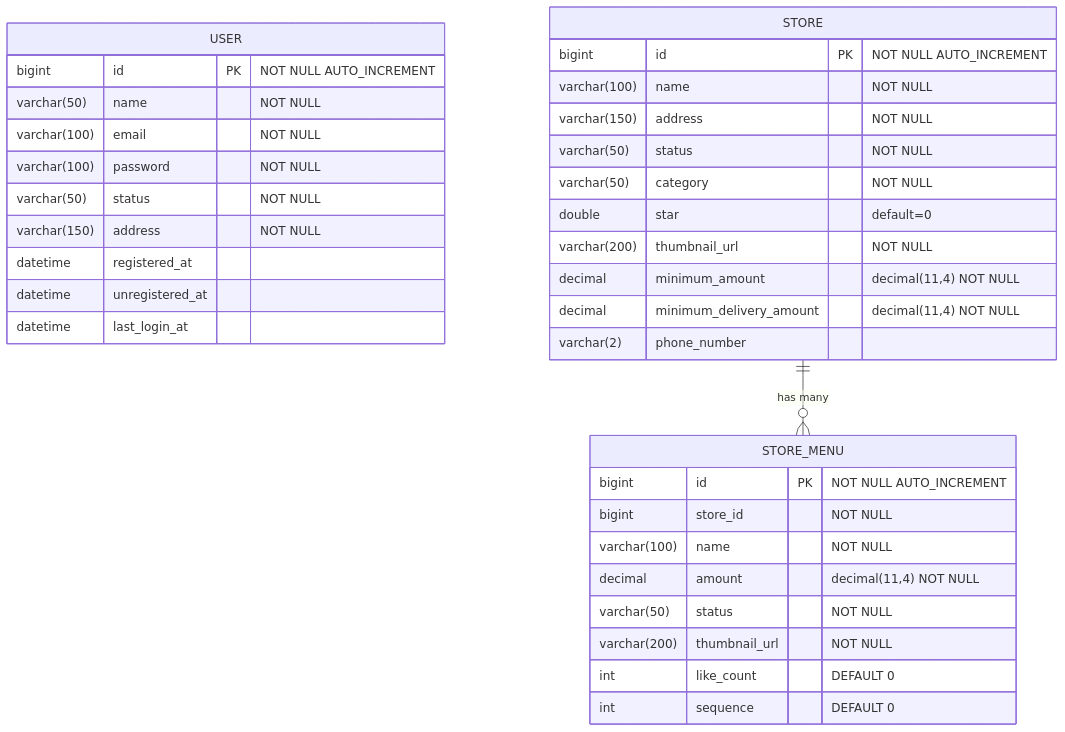
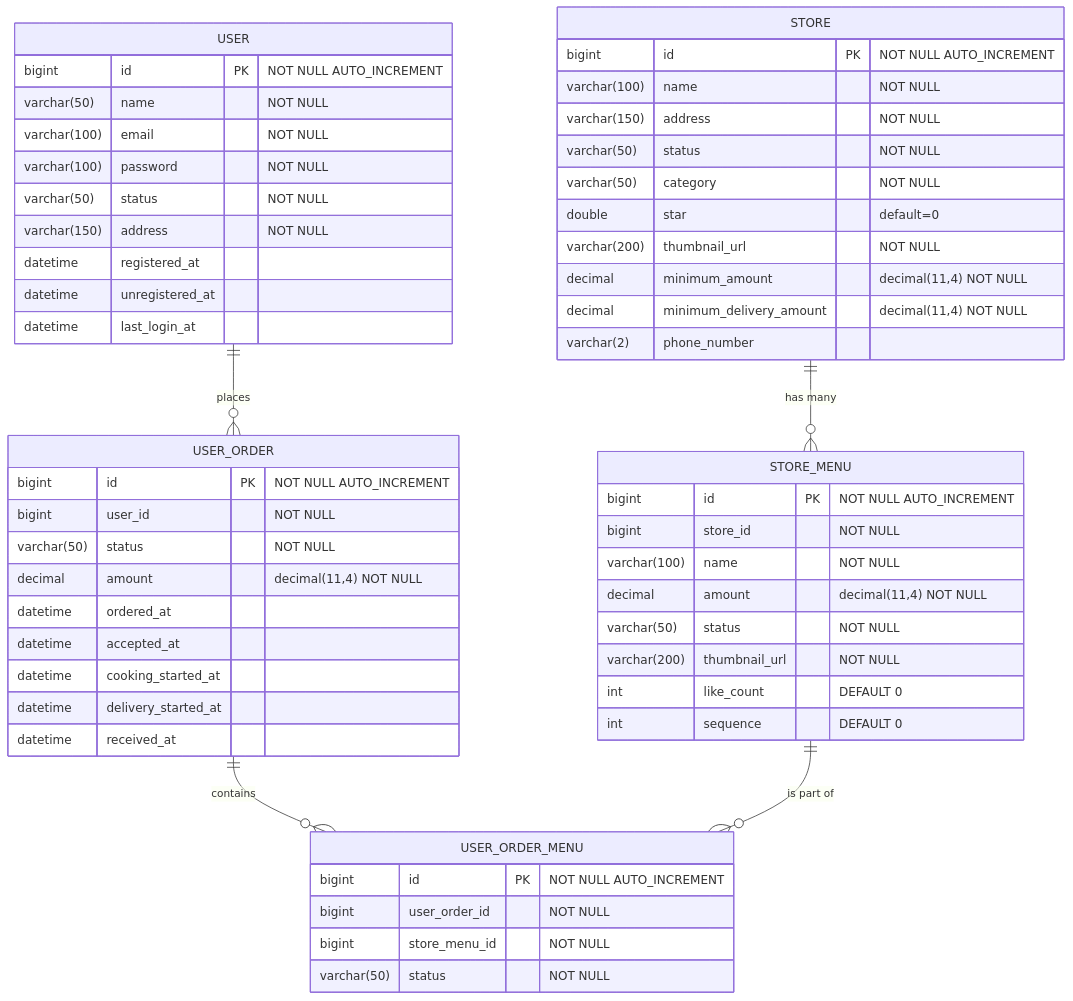
One commit to cdev2024/service changed the diagram in README.md. Above: the diagram before and after it, drawn with Mermaid. The commit also changed other lines of this file, not shown here.

````diff
--- a/README.md
+++ b/README.md
@@ -2,43 +2,66 @@
 ```mermaid
 ---
 delivery DB : ERD
 ---
 erDiagram
   USER{
     bigint id PK "NOT NULL AUTO_INCREMENT"
     varchar(50) name "NOT NULL"
     varchar(100) email "NOT NULL"
     varchar(100) password "NOT NULL"
     varchar(50) status "NOT NULL"
     varchar(150) address "NOT NULL"
     datetime registered_at
     datetime unregistered_at
     datetime last_login_at
   }
 
   STORE{
     bigint id PK "NOT NULL AUTO_INCREMENT"
     varchar(100) name "NOT NULL"
     varchar(150) address "NOT NULL"
     varchar(50) status "NOT NULL"
     varchar(50) category "NOT NULL"
     double star "default=0"
     varchar(200) thumbnail_url "NOT NULL"
     decimal minimum_amount "decimal(11,4) NOT NULL"
     decimal minimum_delivery_amount "decimal(11,4) NOT NULL"
     varchar(2) phone_number
   }
 
 STORE_MENU{
   bigint id PK "NOT NULL AUTO_INCREMENT"
   bigint store_id "NOT NULL"
   varchar(100) name "NOT NULL"
   decimal amount "decimal(11,4) NOT NULL"
   varchar(50) status "NOT NULL"
   varchar(200) thumbnail_url "NOT NULL"
   int like_count  "DEFAULT 0"
   int sequence "DEFAULT 0"
 }
 
-STORE ||--o{ STORE_MENU : "has many"
+USER_ORDER {
+    bigint id PK "NOT NULL AUTO_INCREMENT"
+    bigint user_id "NOT NULL"
+    varchar(50) status "NOT NULL"
+    decimal amount "decimal(11,4) NOT NULL"
+    datetime ordered_at
+    datetime accepted_at
+    datetime cooking_started_at
+    datetime delivery_started_at
+    datetime received_at
+  }
+
+  USER_ORDER_MENU {
+    bigint id PK "NOT NULL AUTO_INCREMENT"
+    bigint user_order_id "NOT NULL"
+    bigint store_menu_id "NOT NULL"
+    varchar(50) status "NOT NULL"
+  }
+
+%% Relationships
+  STORE ||--o{ STORE_MENU : "has many"
+  USER ||--o{ USER_ORDER : "places"
+  USER_ORDER ||--o{ USER_ORDER_MENU : "contains"
+  STORE_MENU ||--o{ USER_ORDER_MENU : "is part of"
 ```
````
